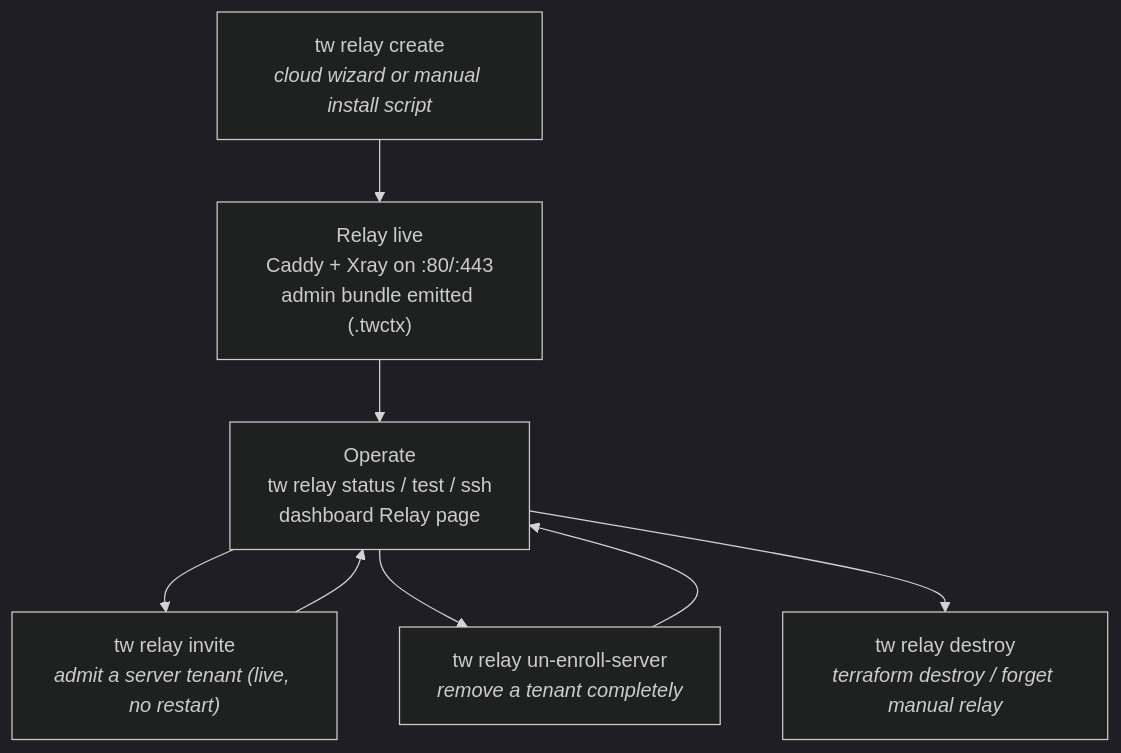
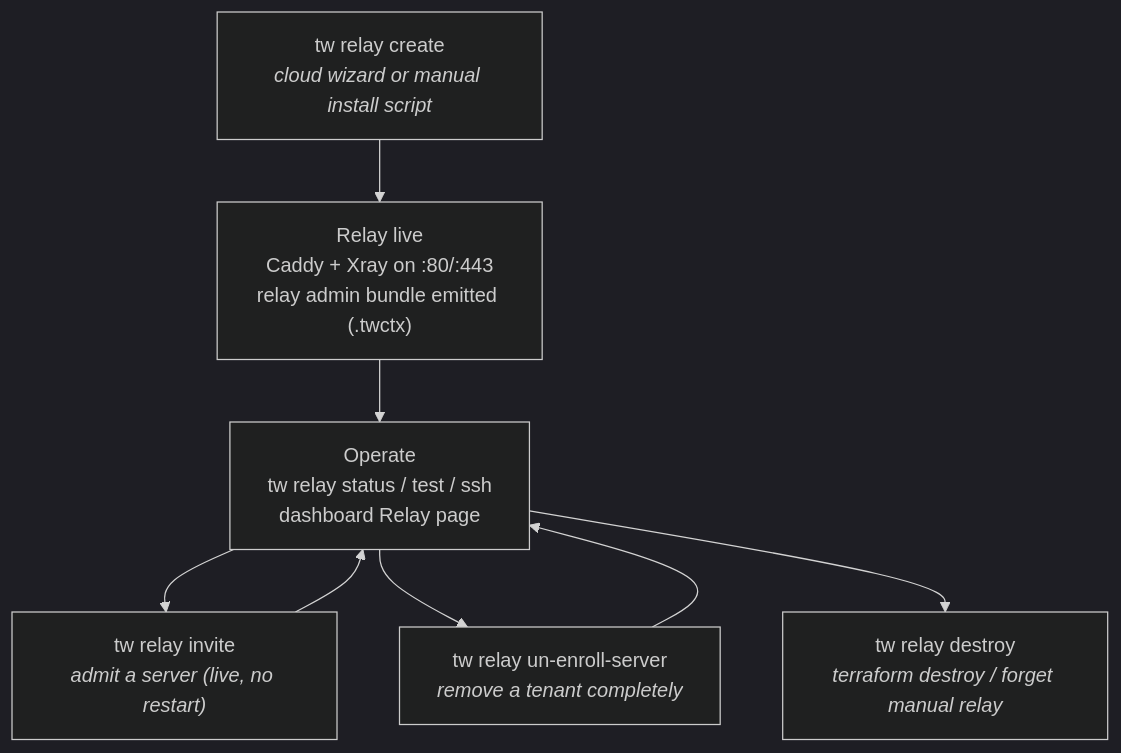
One commit to Tunnel-Whisperer/Tunnel-Whisperer changed the diagram in docs/relay/index.md. Above: the diagram before and after it, drawn with Mermaid (dark theme). The commit also changed other lines of this file and 30 other files, not shown here.

````diff
--- a/docs/relay/index.md
+++ b/docs/relay/index.md
@@ -51,10 +51,10 @@
 ```mermaid
 flowchart TD
-    A["tw relay create<br/><i>cloud wizard or manual install script</i>"] --> B["Relay live<br/>Caddy + Xray on :80/:443<br/>admin bundle emitted (.twctx)"]
+    A["tw relay create<br/><i>cloud wizard or manual install script</i>"] --> B["Relay live<br/>Caddy + Xray on :80/:443<br/>relay admin bundle emitted (.twctx)"]
     B --> C["Operate<br/>tw relay status / test / ssh<br/>dashboard Relay page"]
-    C --> D["tw relay invite<br/><i>admit a server tenant (live, no restart)</i>"]
+    C --> D["tw relay invite<br/><i>admit a server (live, no restart)</i>"]
     D --> C
     C --> E["tw relay un-enroll-server<br/><i>remove a tenant completely</i>"]
     E --> C
     C --> F["tw relay destroy<br/><i>terraform destroy / forget manual relay</i>"]
 ```
````
